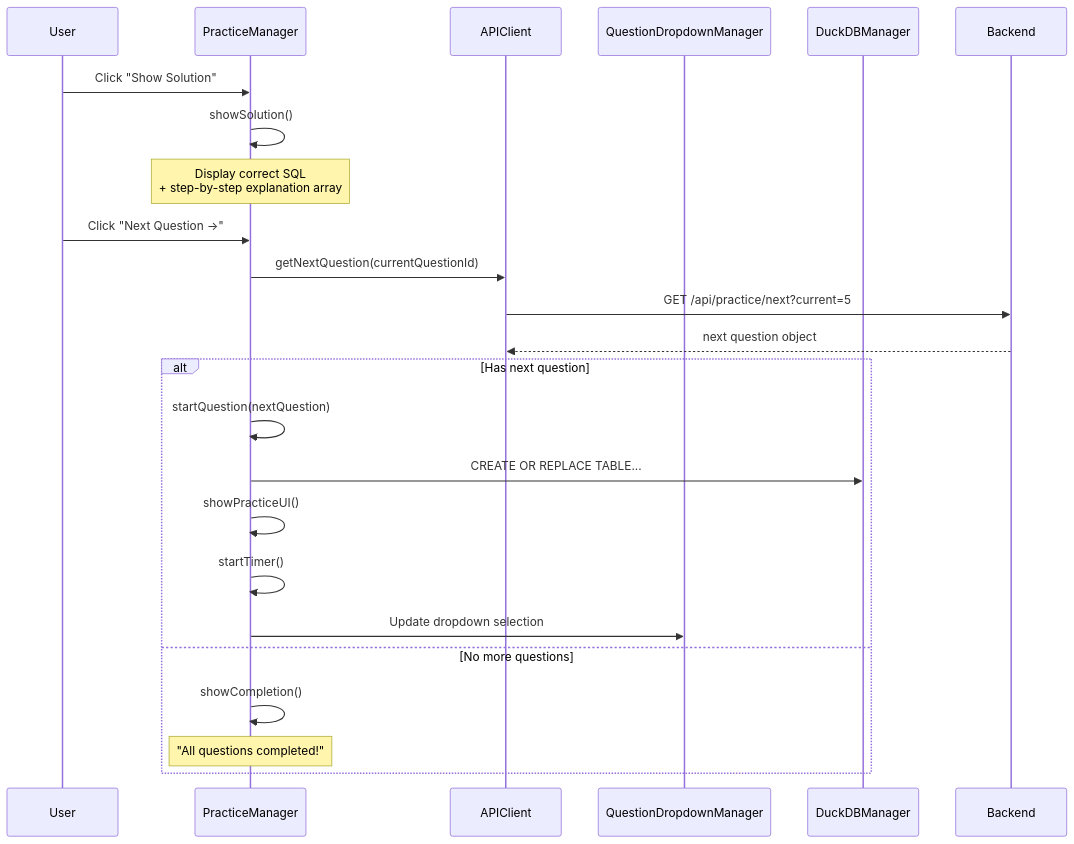
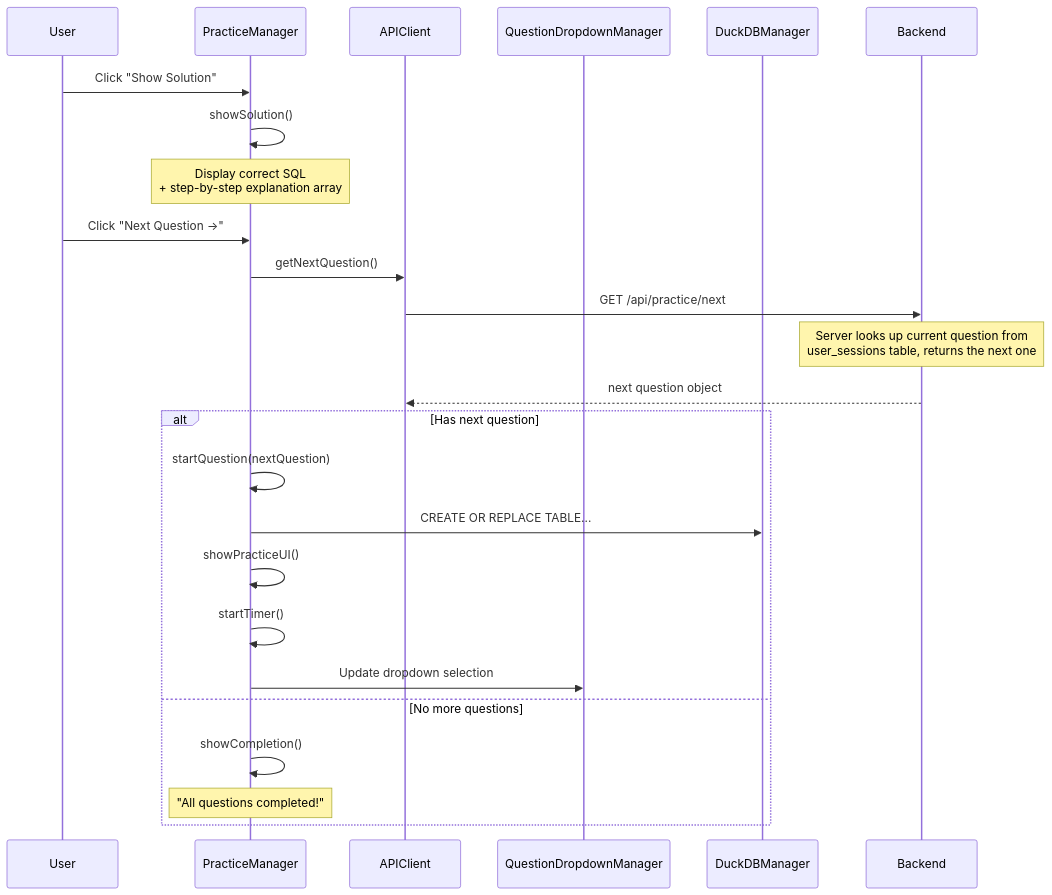
The sixth of 7 diagrams in docs/sequence-diagram.md (prateekpanjla-outlook/duckdb-wasm-ide), drawn with Mermaid before and after one commit. The commit also changed other lines of this file, not shown here.

First line of the commit message:
docs: align sequence diagrams with current code

````diff
--- a/docs/sequence-diagram.md
+++ b/docs/sequence-diagram.md
@@ -191,29 +210,30 @@
 ```mermaid
 sequenceDiagram
     participant U as User
     participant PM as PracticeManager
     participant API as APIClient
     participant QDD as QuestionDropdownManager
     participant DM as DuckDBManager
     participant BE as Backend
 
     U->>PM: Click "Show Solution"
     PM->>PM: showSolution()
     Note over PM: Display correct SQL<br/>+ step-by-step explanation array
 
     U->>PM: Click "Next Question →"
-    PM->>API: getNextQuestion(currentQuestionId)
-    API->>BE: GET /api/practice/next?current=5
+    PM->>API: getNextQuestion()
+    API->>BE: GET /api/practice/next
+    Note over BE: Server looks up current question from<br/>user_sessions table, returns the next one
     BE-->>API: next question object
 
     alt Has next question
         PM->>PM: startQuestion(nextQuestion)
         PM->>DM: CREATE OR REPLACE TABLE...
         PM->>PM: showPracticeUI()
         PM->>PM: startTimer()
         PM->>QDD: Update dropdown selection
     else No more questions
         PM->>PM: showCompletion()
         Note over PM: "All questions completed!"
     end
 ```
````
